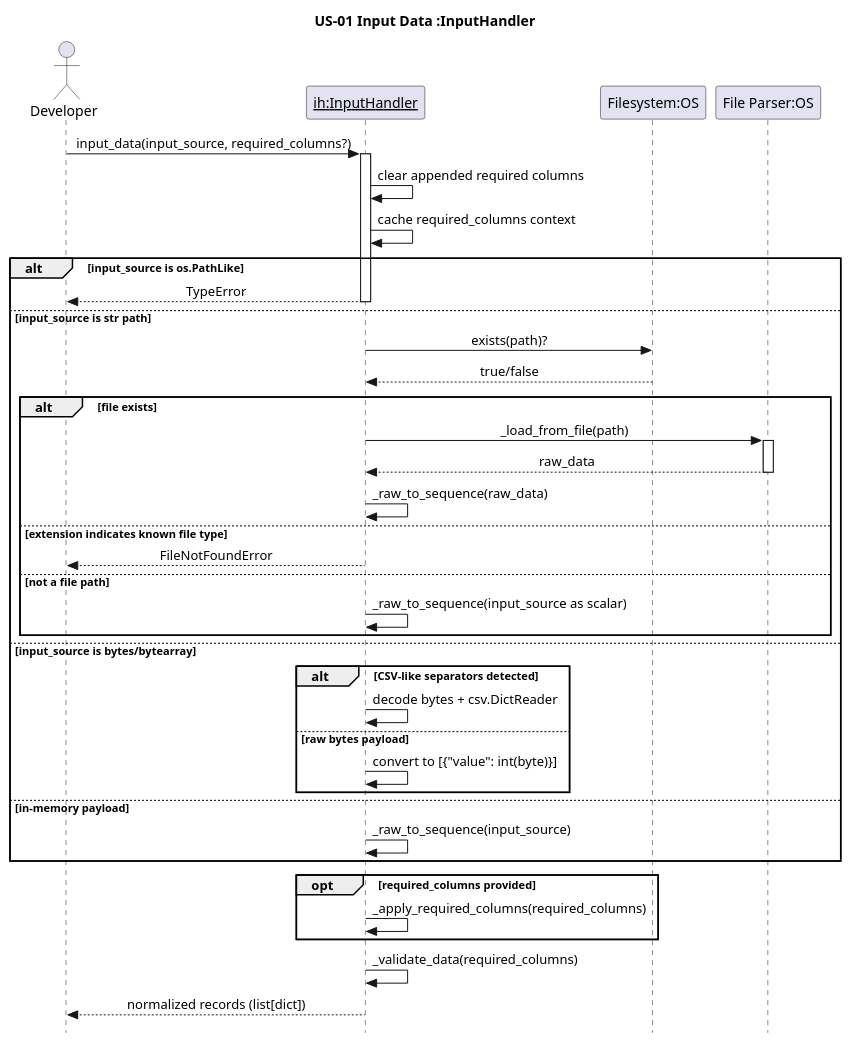
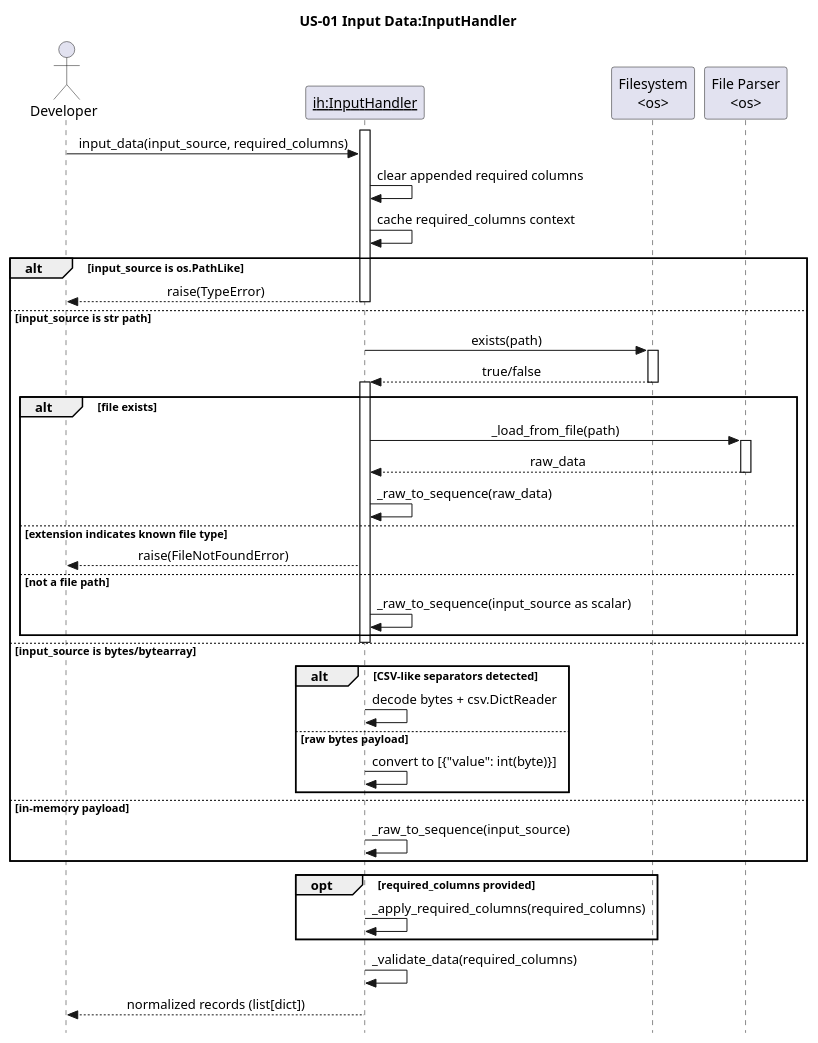
One commit to egrembocki/htmrl changed the diagram in docs/puml/US/us-01.puml. Above: the diagram before and after it, drawn with PlantUML. The commit also changed 2 other files, not shown here.

```diff
--- a/docs/puml/US/us-01.puml
+++ b/docs/puml/US/us-01.puml
@@ -1,54 +1,56 @@
 @startuml
 skinparam style strictuml
 skinparam sequenceMessageAlign center
 skinparam responseMessageBelowArrow true
-title US-01 Input Data :InputHandler
+title US-01 Input Data:InputHandler
 
 actor Developer
 participant "<u>ih:InputHandler</u>" as IH
-participant "Filesystem:OS" as FS
-participant "File Parser:OS" as Parser
+participant "Filesystem\n<os>" as FS
+participant "File Parser\n<os>" as Parser
 
-Developer -> IH: input_data(input_source, required_columns?)
 activate IH
+Developer -> IH: input_data(input_source, required_columns)
 IH -> IH: clear appended required columns
 IH -> IH: cache required_columns context
-
 alt input_source is os.PathLike
-  IH --> Developer: TypeError
-  deactivate IH
+  IH --> Developer: raise(TypeError)
+deactivate IH
 else input_source is str path
-  IH -> FS: exists(path)?
+  IH -> FS: exists(path)
+  activate FS
   FS --> IH: true/false
-
+  deactivate FS
+activate IH 
   alt file exists
     IH -> Parser: _load_from_file(path)
     activate Parser
     Parser --> IH: raw_data
     deactivate Parser
     IH -> IH: _raw_to_sequence(raw_data)
   else extension indicates known file type
-    IH --> Developer: FileNotFoundError
-    deactivate IH
+    IH --> Developer: raise(FileNotFoundError)
+    
   else not a file path
     IH -> IH: _raw_to_sequence(input_source as scalar)
   end
+deactivate IH
+  
 else input_source is bytes/bytearray
   alt CSV-like separators detected
     IH -> IH: decode bytes + csv.DictReader
   else raw bytes payload
     IH -> IH: convert to [{"value": int(byte)}]
   end
 else in-memory payload
   IH -> IH: _raw_to_sequence(input_source)
 end
 
+activate IH
 opt required_columns provided
   IH -> IH: _apply_required_columns(required_columns)
 end
-
 IH -> IH: _validate_data(required_columns)
 IH --> Developer: normalized records (list[dict])
-
 deactivate IH
 @enduml
```
